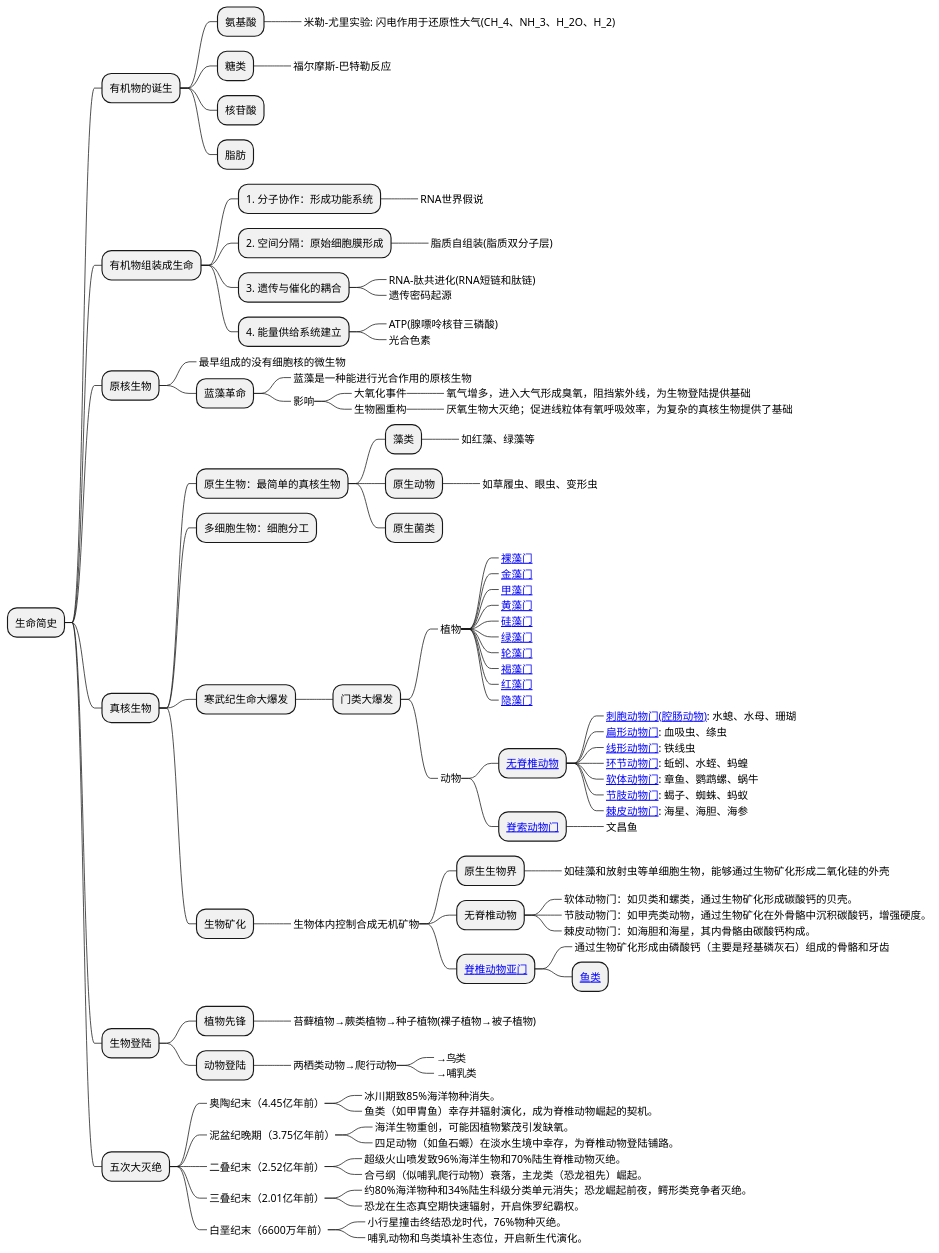
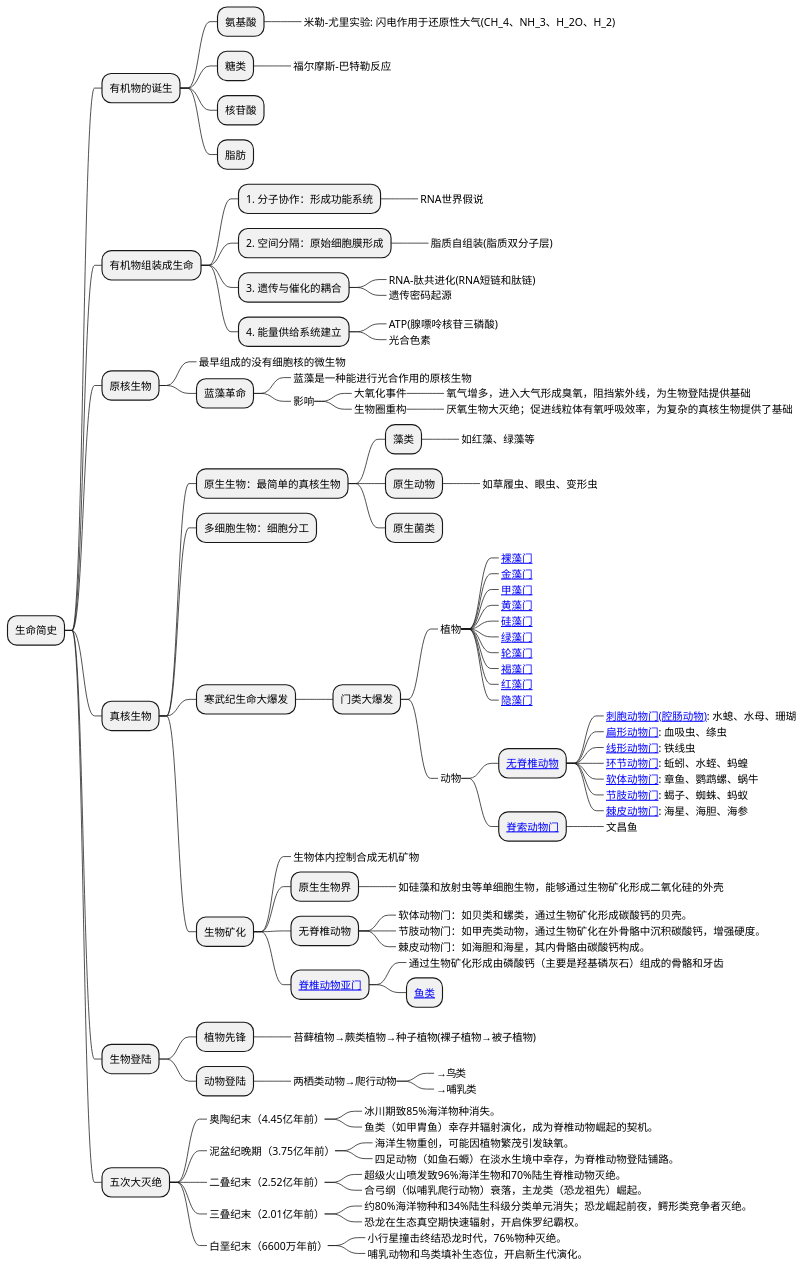
One commit to holmofy/blog.hufeifei.cn changed the diagram in source/_posts/history/life-history.md. Above: the diagram before and after it, drawn with PlantUML.

```diff
--- a/source/_posts/history/life-history.md
+++ b/source/_posts/history/life-history.md
@@ -76,15 +76,15 @@
 +++++++_ 文昌鱼
 +++ 生物矿化
 ++++_ 生物体内控制合成无机矿物
-+++++ 原生生物界
-++++++_ 如硅藻和放射虫等单细胞生物，能够通过生物矿化形成二氧化硅的外壳
-+++++ 无脊椎动物
-++++++_ 软体动物门：如贝类和螺类，通过生物矿化形成碳酸钙的贝壳。
-++++++_ 节肢动物门：如甲壳类动物，通过生物矿化在外骨骼中沉积碳酸钙，增强硬度。
-++++++_ 棘皮动物门：如海胆和海星，其内骨骼由碳酸钙构成。
-+++++ [[https://baike.baidu.com/item/脊椎动物亚门 脊椎动物亚门]]
-++++++_ 通过生物矿化形成由磷酸钙（主要是羟基磷灰石）组成的骨骼和牙齿
-++++++ [[https://baike.baidu.com/item/鱼类/524517 鱼类]]
+++++ 原生生物界
++++++_ 如硅藻和放射虫等单细胞生物，能够通过生物矿化形成二氧化硅的外壳
+++++ 无脊椎动物
++++++_ 软体动物门：如贝类和螺类，通过生物矿化形成碳酸钙的贝壳。
++++++_ 节肢动物门：如甲壳类动物，通过生物矿化在外骨骼中沉积碳酸钙，增强硬度。
++++++_ 棘皮动物门：如海胆和海星，其内骨骼由碳酸钙构成。
+++++ [[https://baike.baidu.com/item/脊椎动物亚门 脊椎动物亚门]]
++++++_ 通过生物矿化形成由磷酸钙（主要是羟基磷灰石）组成的骨骼和牙齿
++++++ [[https://baike.baidu.com/item/鱼类/524517 鱼类]]
 ++ 生物登陆
 +++ 植物先锋
 ++++_ 苔藓植物→蕨类植物→种子植物(裸子植物→被子植物)
```
